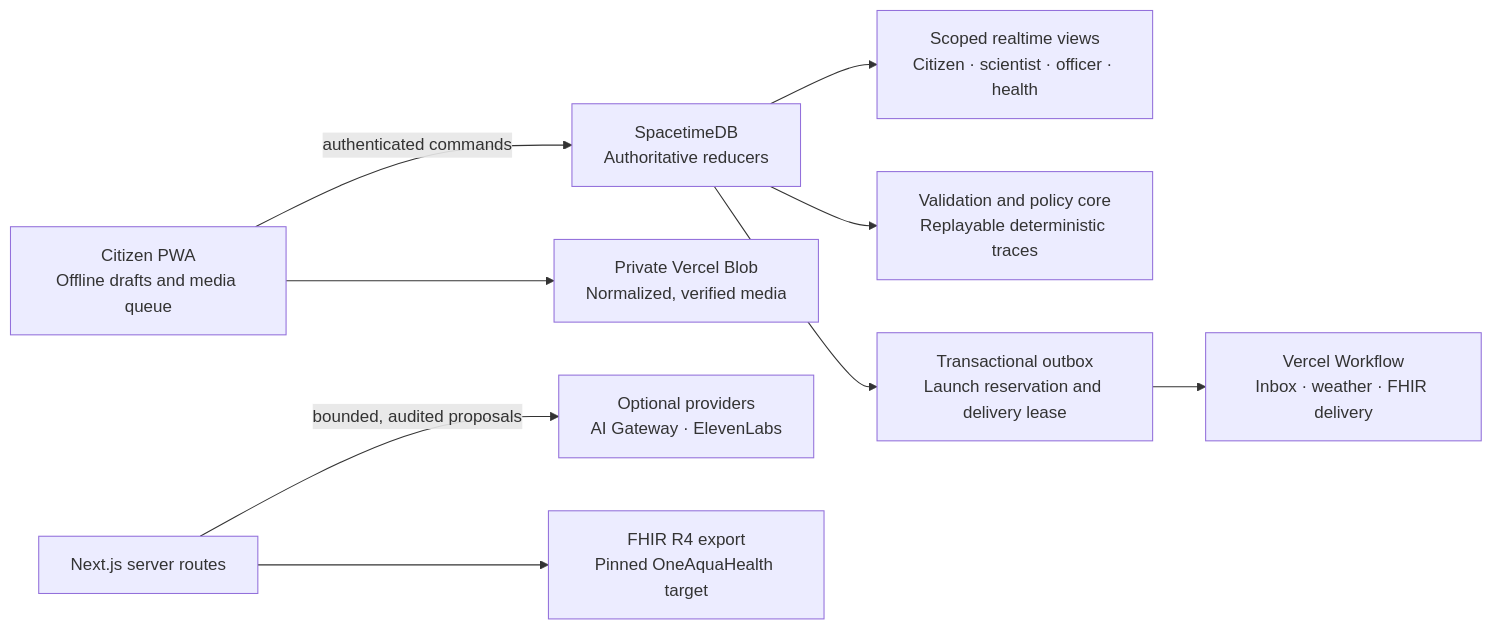
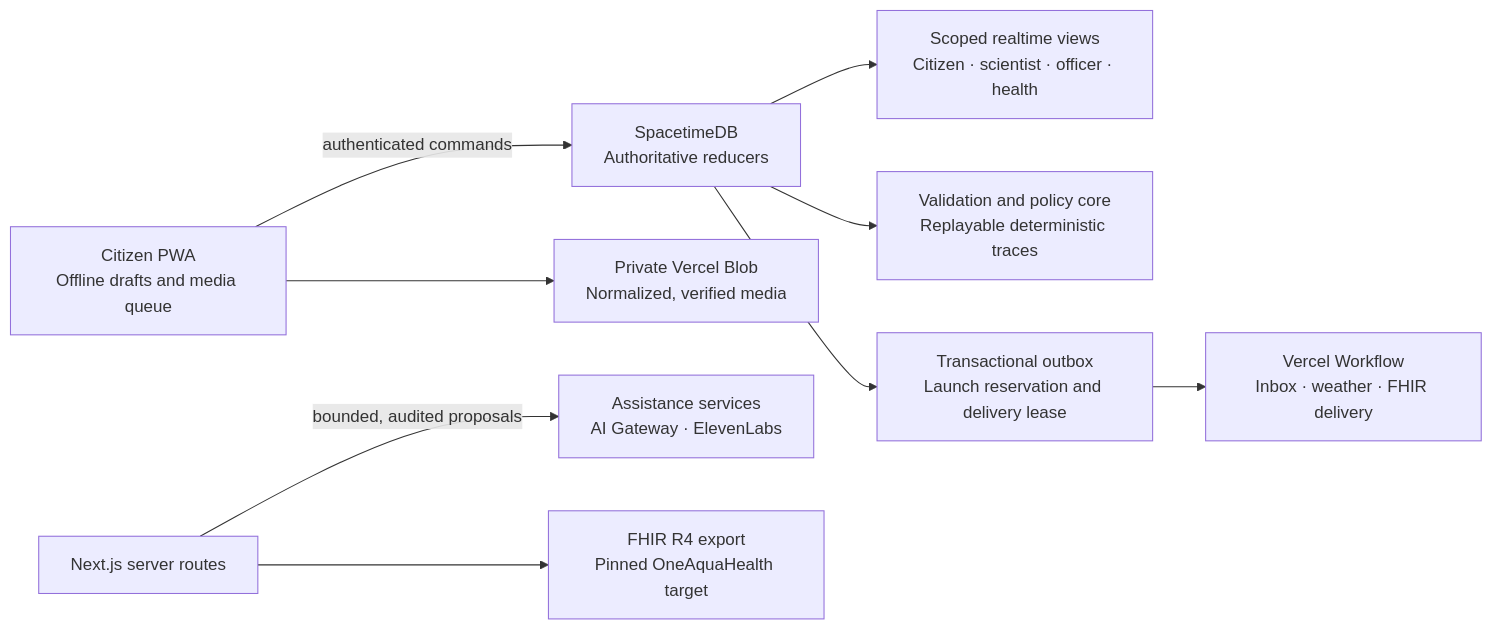
One commit to shafir-01/limnexa changed the diagram in README.md. Above: the diagram before and after it, drawn with Mermaid. The commit also changed other lines of this file, not shown here.

````diff
--- a/README.md
+++ b/README.md
@@ -39,11 +39,11 @@
 ```mermaid
 flowchart LR
   C[Citizen PWA\nOffline drafts and media queue] -->|authenticated commands| S[SpacetimeDB\nAuthoritative reducers]
   S --> V[Scoped realtime views\nCitizen · scientist · officer · health]
   S --> R[Validation and policy core\nReplayable deterministic traces]
   S --> O[Transactional outbox\nLaunch reservation and delivery lease]
   O --> W[Vercel Workflow\nInbox · weather · FHIR delivery]
   C --> B[Private Vercel Blob\nNormalized, verified media]
-  A[Next.js server routes] -->|bounded, audited proposals| P[Optional providers\nAI Gateway · ElevenLabs]
+  A[Next.js server routes] -->|bounded, audited proposals| P[Assistance services\nAI Gateway · ElevenLabs]
   A --> F[FHIR R4 export\nPinned OneAquaHealth target]
 ```
````
